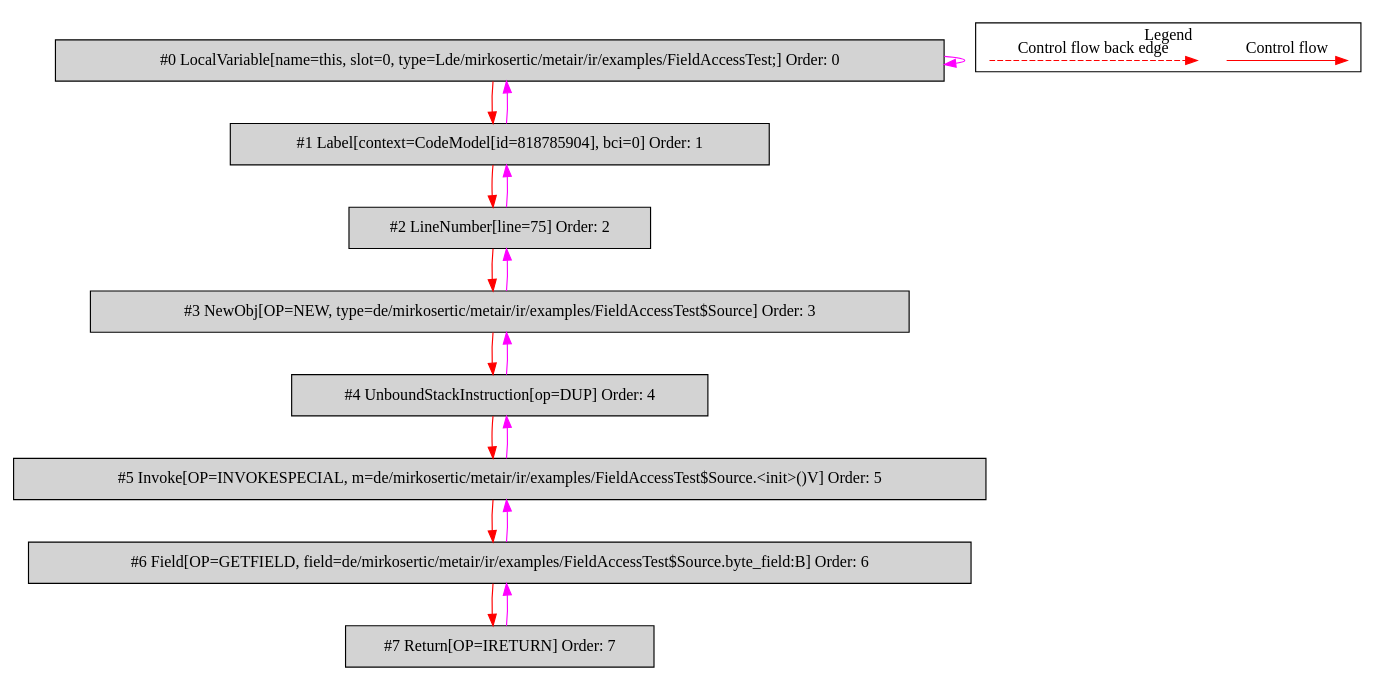
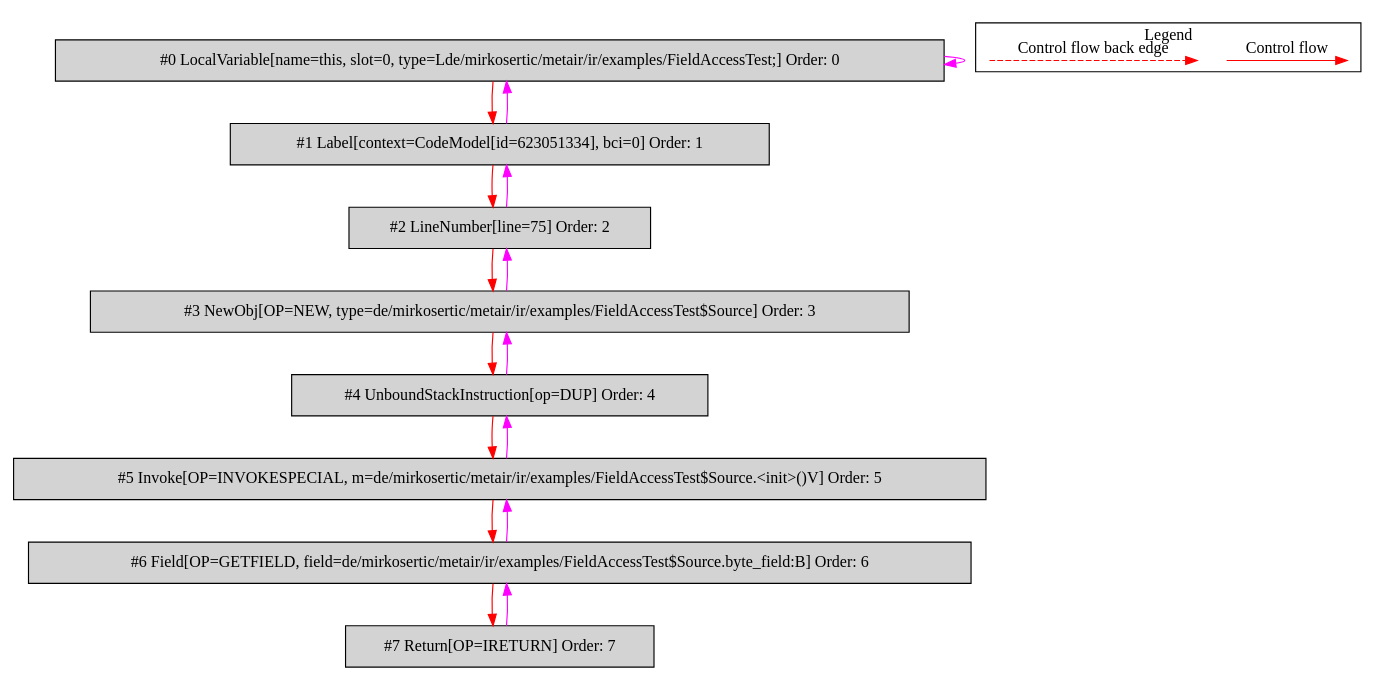
The diagram in de.mirkosertic.metair.ir.examples.FieldAccessTest/return_byte/bytecodecfg.dot (mirkosertic/MetaIR), drawn with Graphviz before and after one commit. The commit also changed 1240 other files, not shown here.

```diff
--- a/de.mirkosertic.metair.ir.examples.FieldAccessTest/return_byte/bytecodecfg.dot
+++ b/de.mirkosertic.metair.ir.examples.FieldAccessTest/return_byte/bytecodecfg.dot
@@ -1,40 +1,40 @@
 digraph {
  ordering="in";
  node0[label="#0 LocalVariable[name=this, slot=0, type=Lde/mirkosertic/metair/ir/examples/FieldAccessTest;] Order: 0", shape=box, fillcolor=lightgrey, style=filled];
- node1[label="#1 Label[context=CodeModel[id=818785904], bci=0] Order: 1", shape=box, fillcolor=lightgrey, style=filled];
+ node1[label="#1 Label[context=CodeModel[id=623051334], bci=0] Order: 1", shape=box, fillcolor=lightgrey, style=filled];
  node2[label="#2 LineNumber[line=75] Order: 2", shape=box, fillcolor=lightgrey, style=filled];
  node3[label="#3 NewObj[OP=NEW, type=de/mirkosertic/metair/ir/examples/FieldAccessTest$Source] Order: 3", shape=box, fillcolor=lightgrey, style=filled];
  node4[label="#4 UnboundStackInstruction[op=DUP] Order: 4", shape=box, fillcolor=lightgrey, style=filled];
  node5[label="#5 Invoke[OP=INVOKESPECIAL, m=de/mirkosertic/metair/ir/examples/FieldAccessTest$Source.<init>()V] Order: 5", shape=box, fillcolor=lightgrey, style=filled];
  node6[label="#6 Field[OP=GETFIELD, field=de/mirkosertic/metair/ir/examples/FieldAccessTest$Source.byte_field:B] Order: 6", shape=box, fillcolor=lightgrey, style=filled];
  node7[label="#7 Return[OP=IRETURN] Order: 7", shape=box, fillcolor=lightgrey, style=filled];
  node0 -> node0[color=fuchsia];
  node0 -> node1[color=red];
  node1 -> node0[color=fuchsia];
  node1 -> node2[color=red];
  node2 -> node1[color=fuchsia];
  node2 -> node3[color=red];
  node3 -> node2[color=fuchsia];
  node3 -> node4[color=red];
  node4 -> node3[color=fuchsia];
  node4 -> node5[color=red];
  node5 -> node4[color=fuchsia];
  node5 -> node6[color=red];
  node6 -> node5[color=fuchsia];
  node6 -> node7[color=red];
  node7 -> node6[color=fuchsia];
  subgraph cluster_000 {
   label = "Legend";
   node [shape=point]
   {
    rank=same;
    c0 [style = invis];
    c1 [style = invis];
    c2 [style = invis];
    c3 [style = invis];
   }
   c0 -> c1 [label="Control flow", style=solid, color=red]
   c2 -> c3 [label="Control flow back edge", style=dashed, color=red]
  }
 
 }
```
